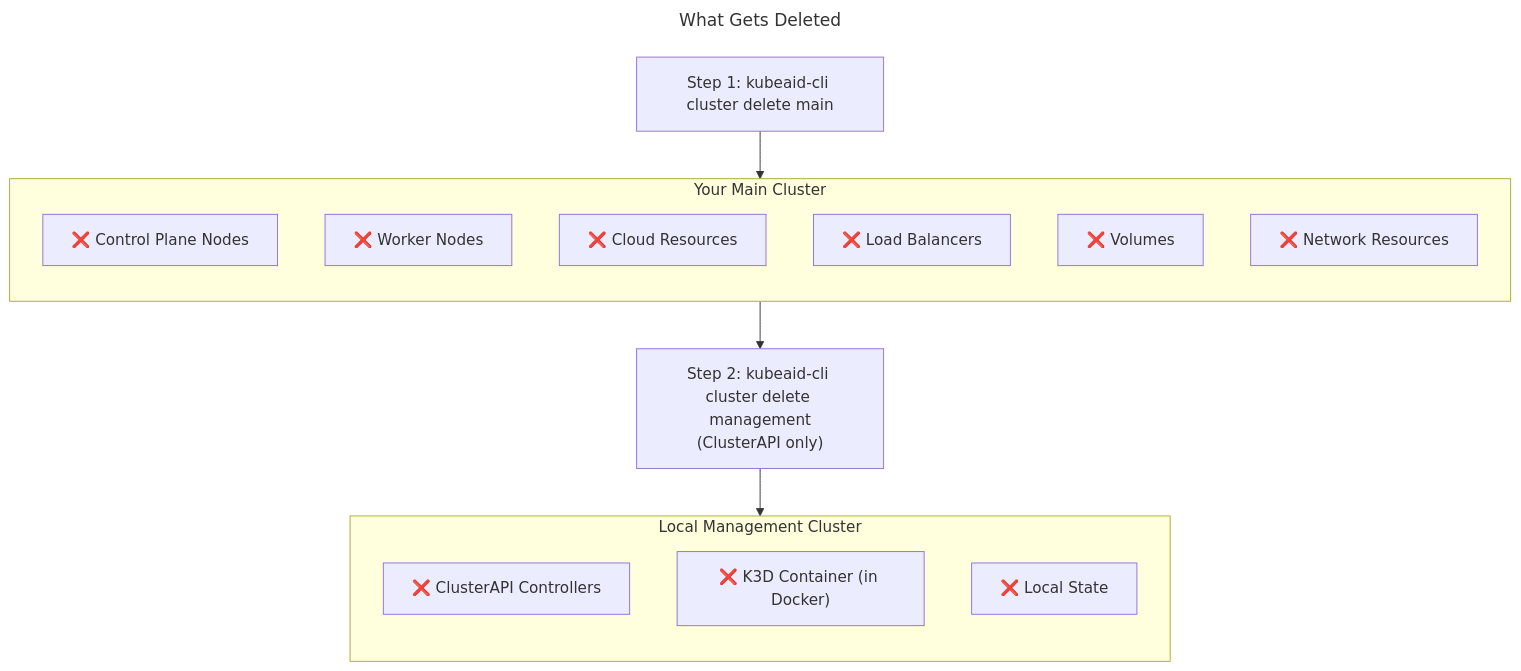
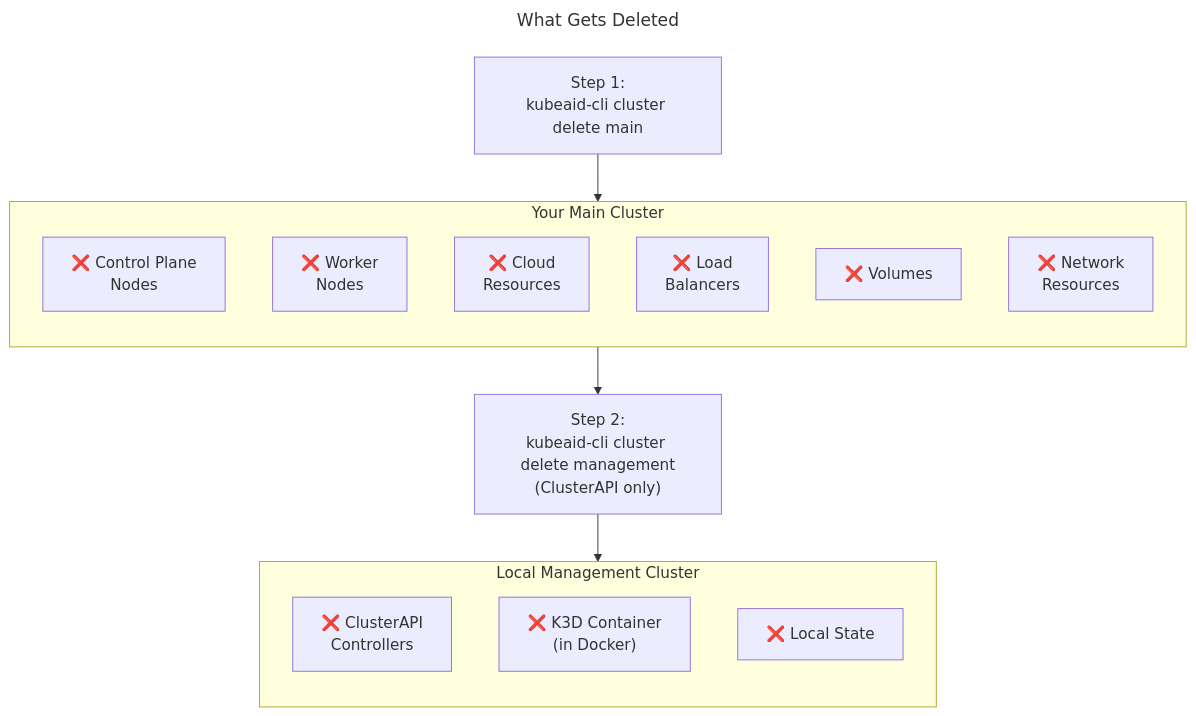
One commit to blackwoodseven/kubeaid changed the diagram in docs/getting-started/basic-operations.md. Above: the diagram before and after it, drawn with Mermaid. The commit also changed other lines of this file, not shown here.

Commit message:
Fix mermaid diag, add what commands exit for kubeaid

````diff
--- a/docs/getting-started/basic-operations.md
+++ b/docs/getting-started/basic-operations.md
@@ -111,30 +117,30 @@
 ```mermaid
 ---
 title: What Gets Deleted
 ---
 flowchart TB
-    Start["Step 1: kubeaid-cli cluster delete main"]
+    Start["Step 1:<br/>kubeaid-cli cluster delete main"]
     
     Start --> MainCluster
     
     subgraph MainCluster["Your Main Cluster"]
         direction TB
-        CP["❌ Control Plane Nodes"]
-        Workers["❌ Worker Nodes"]
-        Cloud["❌ Cloud Resources"]
-        LB["❌ Load Balancers"]
+        CP["❌ Control Plane<br/>Nodes"]
+        Workers["❌ Worker<br/>Nodes"]
+        Cloud["❌ Cloud<br/>Resources"]
+        LB["❌ Load<br/>Balancers"]
         Volumes["❌ Volumes"]
-        Network["❌ Network Resources"]
+        Network["❌ Network<br/>Resources"]
     end
     
-    MainCluster --> Next["Step 2: kubeaid-cli cluster delete management<br/>(ClusterAPI only)"]
+    MainCluster --> Next["Step 2:<br/>kubeaid-cli cluster delete management<br/>(ClusterAPI only)"]
     
     Next --> MgmtCluster
     
     subgraph MgmtCluster["Local Management Cluster"]
         direction TB
-        CAPI["❌ ClusterAPI Controllers"]
-        K3D["❌ K3D Container (in Docker)"]
+        CAPI["❌ ClusterAPI<br/>Controllers"]
+        K3D["❌ K3D Container<br/>(in Docker)"]
         State["❌ Local State"]
     end
 ```
````
